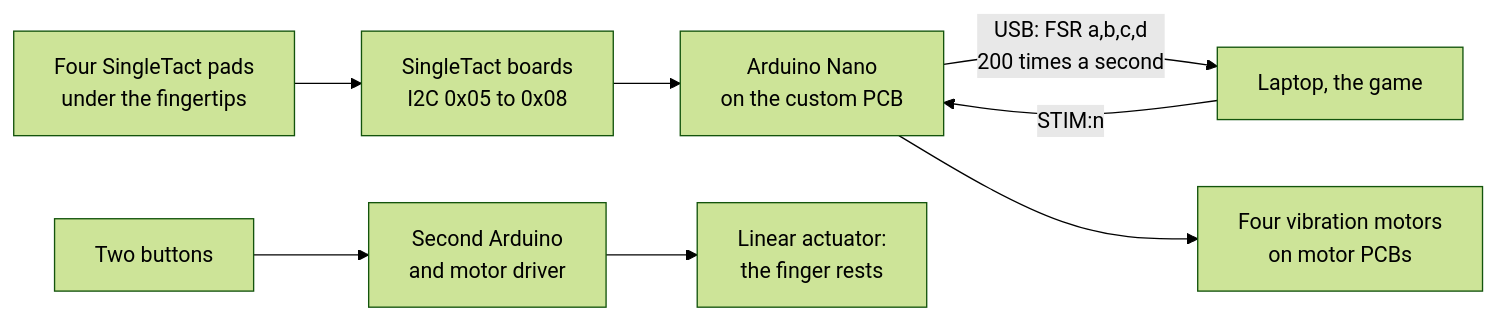
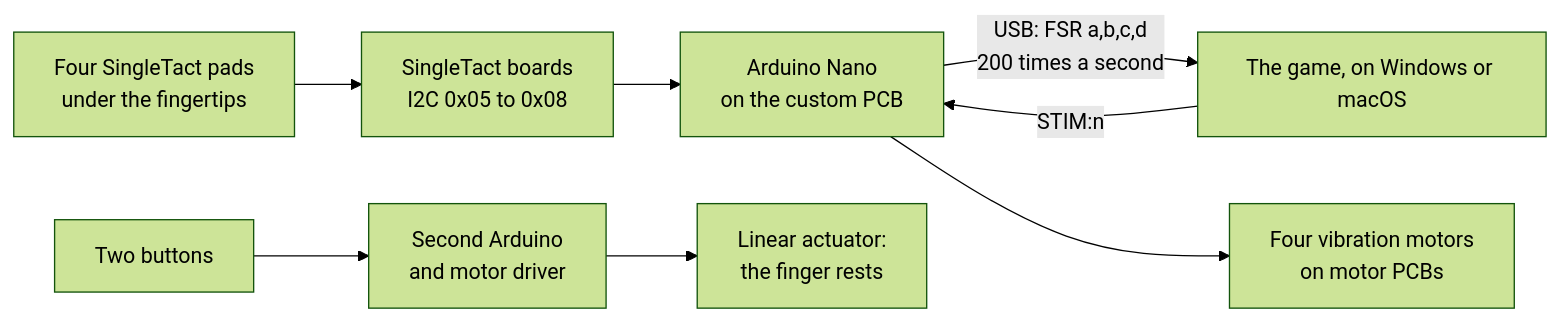
One commit to basil2fxs/Hand-Rehab-Thesis changed the diagram in hardware/README.md. Above: the diagram before and after it, drawn with Mermaid (forest theme). The commit also changed other lines of this file and 26 other files, not shown here.

````diff
--- a/hardware/README.md
+++ b/hardware/README.md
@@ -19,10 +19,10 @@
 ```mermaid
 flowchart LR
   P["Four SingleTact pads<br>under the fingertips"] --> S["SingleTact boards<br>I2C 0x05 to 0x08"]
   S --> N["Arduino Nano<br>on the custom PCB"]
-  N -->|"USB: FSR a,b,c,d<br>200 times a second"| L["Laptop, the game"]
+  N -->|"USB: FSR a,b,c,d<br>200 times a second"| L["The game, on Windows or macOS"]
   L -->|"STIM:n"| N
   N --> M["Four vibration motors<br>on motor PCBs"]
   B["Two buttons"] --> A["Second Arduino<br>and motor driver"]
   A --> X["Linear actuator:<br>the finger rests"]
 ```
````
